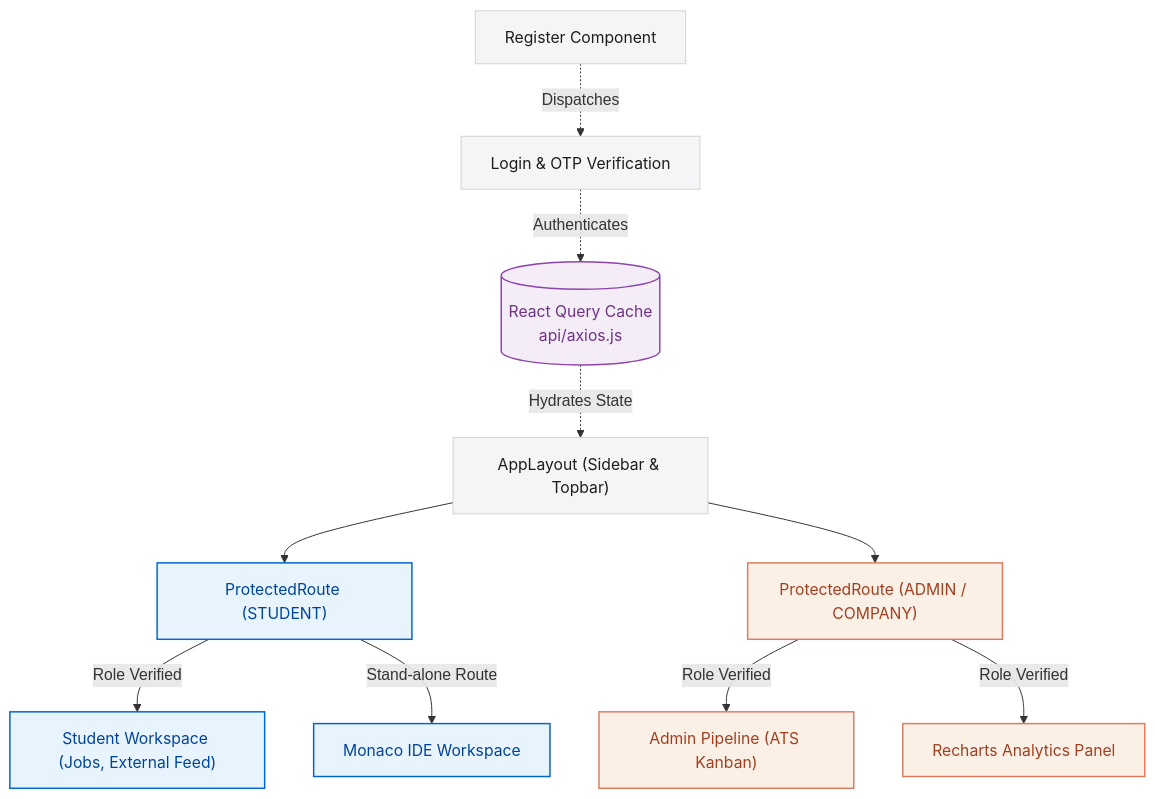
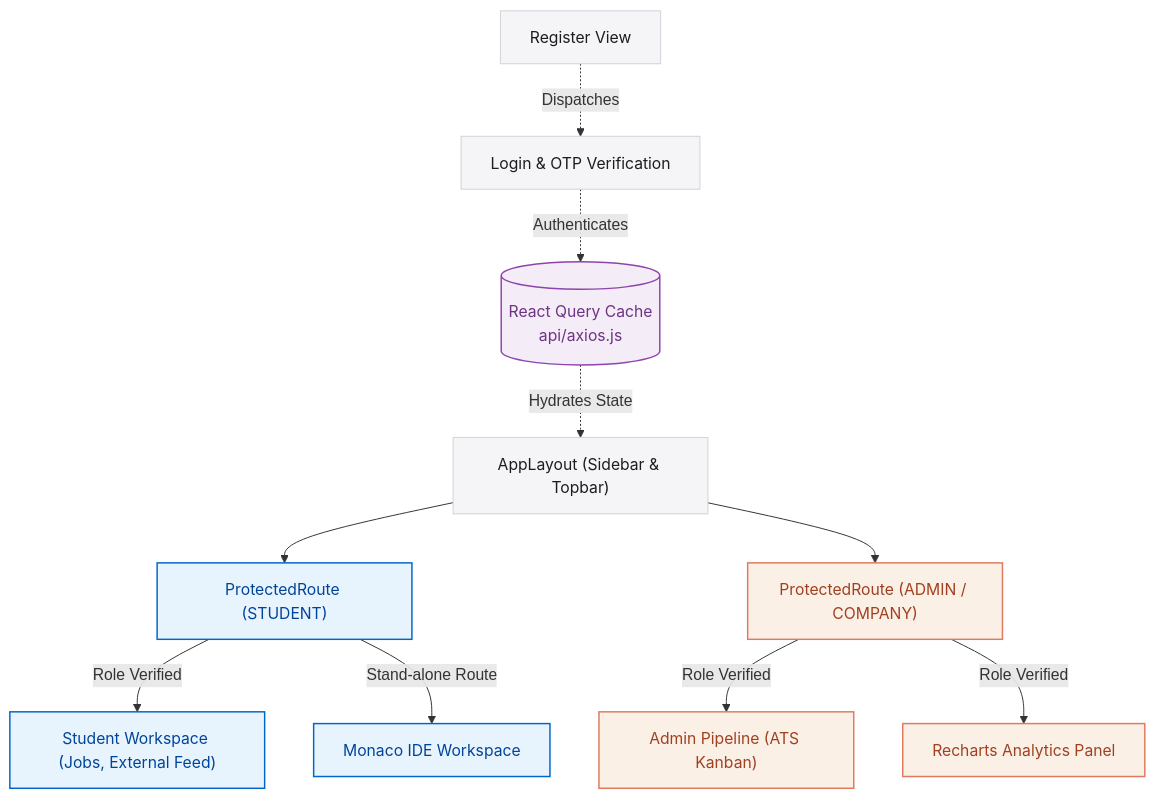
One commit to Abhijith-Sura/smart_placement_tracker changed the diagram in client/README.md. Above: the diagram before and after it, drawn with Mermaid. The commit also changed other lines of this file and 1 other file, not shown here.

````diff
--- a/client/README.md
+++ b/client/README.md
@@ -44,32 +99,32 @@
 ```mermaid
 graph TD
     classDef default fill:#f5f5f7,stroke:#d2d2d7,stroke-width:1px,color:#1d1d1f,font-family:Inter;
     classDef secure fill:#e8f4fd,stroke:#0066cc,stroke-width:1.5px,color:#004499,font-family:Inter;
     classDef admin fill:#fbf0e6,stroke:#e07a5f,stroke-width:1.5px,color:#a04020,font-family:Inter;
     classDef state fill:#f4ecf7,stroke:#8e44ad,stroke-width:1.5px,color:#6c3483,font-family:Inter;
 
     Root["AppLayout (Sidebar & Topbar)"]:::default
     Login["Login & OTP Verification"]:::default
-    Register["Register Component"]:::default
+    Register["Register View"]:::default
     QueryClient[("React Query Cache <br> api/axios.js")]:::state
 
     StudentSec["ProtectedRoute (STUDENT)"]:::secure
     AdminSec["ProtectedRoute (ADMIN / COMPANY)"]:::admin
 
     StudentDash["Student Workspace (Jobs, External Feed)"]:::secure
     Assessment["Monaco IDE Workspace"]:::secure
     AdminDash["Admin Pipeline (ATS Kanban)"]:::admin
     Analytics["Recharts Analytics Panel"]:::admin
 
     Login -.->|Authenticates| QueryClient
     Register -.->|Dispatches| Login
     QueryClient -.->|Hydrates State| Root
 
     Root --> StudentSec
     Root --> AdminSec
 
     StudentSec -->|Role Verified| StudentDash
     StudentSec -->|Stand-alone Route| Assessment
     AdminSec -->|Role Verified| AdminDash
     AdminSec -->|Role Verified| Analytics
 ```
````
